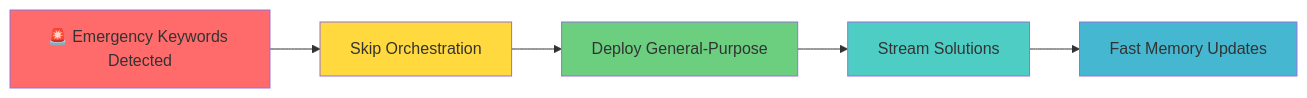
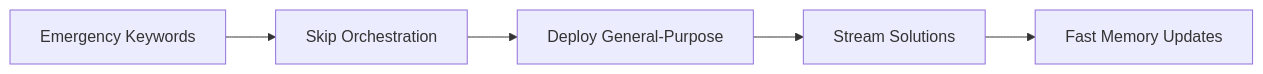
The first of 4 diagrams in README.md (Gravicity/SAZ-Mini), drawn with Mermaid before and after one commit. The commit also changed other lines of this file, not shown here.

````diff
--- a/README.md
+++ b/README.md
@@ -224,13 +224,7 @@
 ```mermaid
 flowchart LR
-    A["🚨 Emergency Keywords Detected"] --> B["Skip Orchestration"]
-    B --> C["Deploy General-Purpose"]
-    C --> D["Stream Solutions"]
-    D --> E["Fast Memory Updates"]
-    
-    style A fill:#ff6b6b
-    style B fill:#ffd93d
-    style C fill:#6bcf7f
-    style D fill:#4ecdc4
-    style E fill:#45b7d1
+    A[Emergency Keywords] --> B[Skip Orchestration]
+    B --> C[Deploy General-Purpose]
+    C --> D[Stream Solutions]
+    D --> E[Fast Memory Updates]
 ```
````
